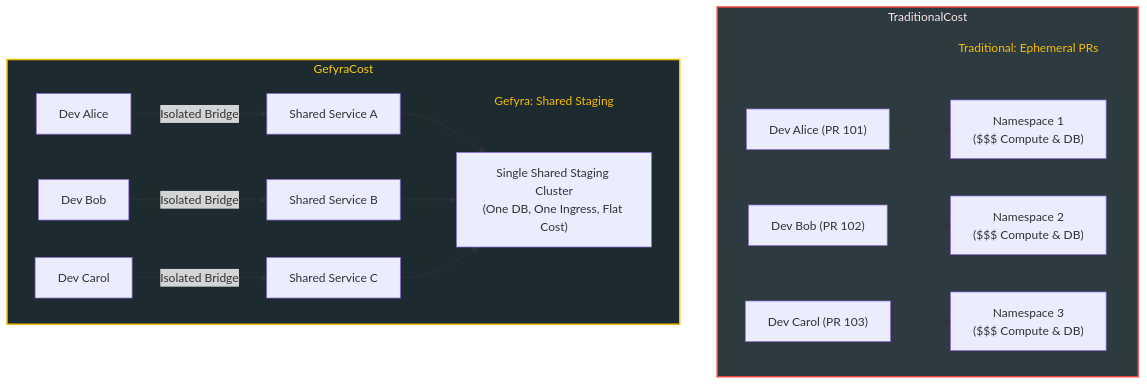
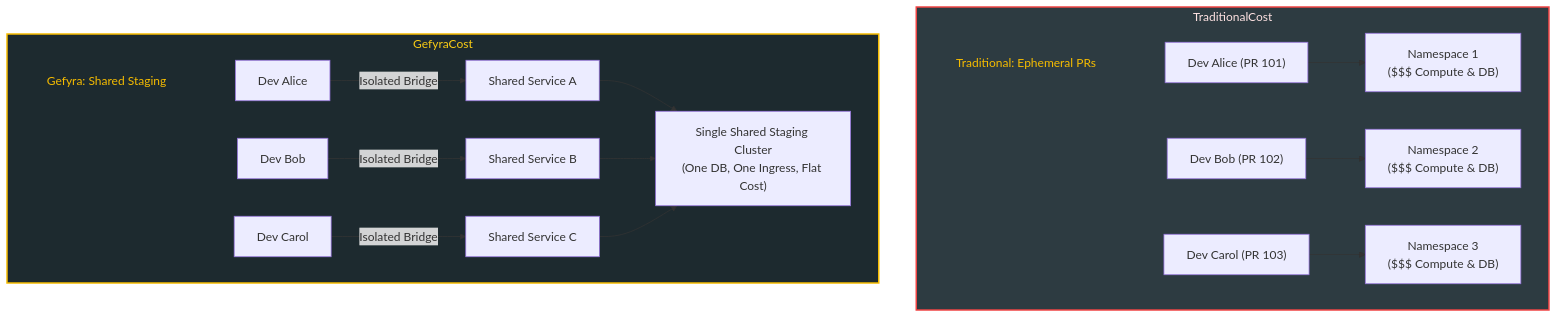
The diagram in gefyra-docs/content/en/4.team-and-enterprise/3.ci-cost-reduction.md (gefyrahq/gefyra), drawn with Mermaid before and after one commit. The commit also changed other lines of this file and 33 other files, not shown here.

````diff
--- a/gefyra-docs/content/en/4.team-and-enterprise/3.ci-cost-reduction.md
+++ b/gefyra-docs/content/en/4.team-and-enterprise/3.ci-cost-reduction.md
@@ -21,26 +21,26 @@
 ```mermaid
 flowchart TD
     subgraph TraditionalCost
         direction LR
-        TradTitle[["Traditional: Ephemeral PRs"]]
-        Dev1["Dev Alice (PR 101)"] --> Cloud1["Namespace 1<br/>($$$ Compute & DB)"]
+        TradTitle[["Traditional: Ephemeral PRs"]] ~~~ Dev1["Dev Alice (PR 101)"]
+        Dev1 --> Cloud1["Namespace 1<br/>($$$ Compute & DB)"]
         Dev2["Dev Bob (PR 102)"] --> Cloud2["Namespace 2<br/>($$$ Compute & DB)"]
         Dev3["Dev Carol (PR 103)"] --> Cloud3["Namespace 3<br/>($$$ Compute & DB)"]
     end
 
     subgraph GefyraCost
         direction LR
-        GefyraTitle[["Gefyra: Shared Staging"]]
-        DevA["Dev Alice"] -->|Isolated Bridge| S1["Shared Service A"]
+        GefyraTitle[["Gefyra: Shared Staging"]] ~~~ DevA["Dev Alice"]
+        DevA -->|Isolated Bridge| S1["Shared Service A"]
         DevB["Dev Bob"] -->|Isolated Bridge| S2["Shared Service B"]
         DevC["Dev Carol"] -->|Isolated Bridge| S3["Shared Service C"]
         S1 & S2 & S3 --> StagingCluster["Single Shared Staging Cluster<br/>(One DB, One Ingress, Flat Cost)"]
     end
 
     classDef groupTitle fill:transparent,stroke:none,color:#f6bc00;
     classDef trad fill:#2d3b41,stroke:#ef4444,stroke-width:2px,color:#fee2e2;
     classDef gefyra fill:#1d2a2f,stroke:#f6bc00,stroke-width:2px,color:#facc15;
     class TradTitle,GefyraTitle groupTitle;
     class TraditionalCost trad;
     class GefyraCost gefyra;
 ```
````
